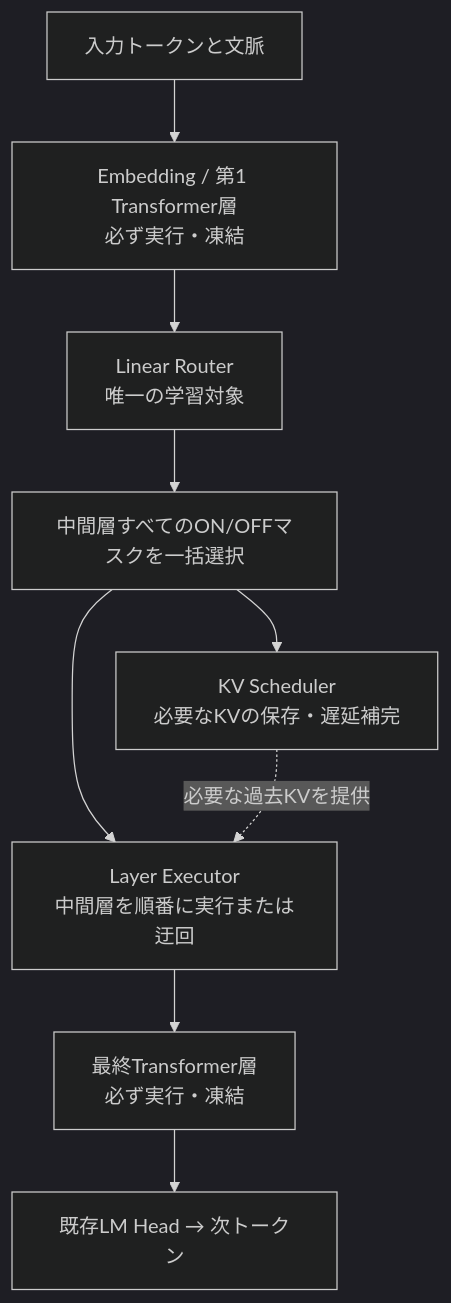
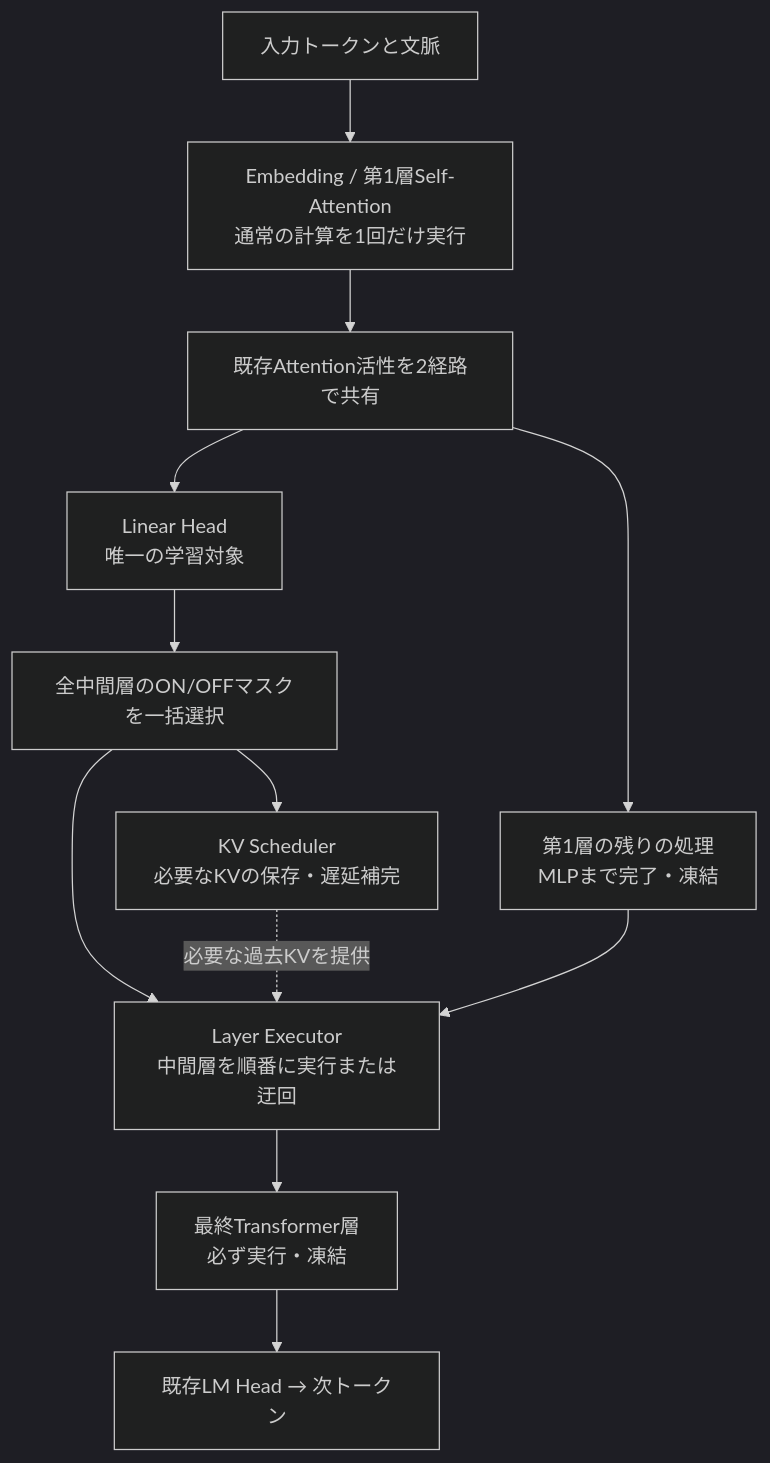
The diagram in docs/01_FOUNDATIONS.md (Unjuno/frozen-llm-layer-skip-kv), drawn with Mermaid (dark theme) before and after one commit. The commit also changed other lines of this file, not shown here.

Commit message:
docs: clarify shared first-attention activation and one-shot linear mask control

````diff
--- a/docs/01_FOUNDATIONS.md
+++ b/docs/01_FOUNDATIONS.md
@@ -43,11 +44,14 @@
 ```mermaid
 flowchart TD
-    A[入力トークンと文脈] --> B[Embedding / 第1 Transformer層<br/>必ず実行・凍結]
-    B --> C[Linear Router<br/>唯一の学習対象]
-    C --> D[中間層すべてのON/OFFマスクを一括選択]
+    A[入力トークンと文脈] --> B[Embedding / 第1層Self-Attention<br/>通常の計算を1回だけ実行]
+    B --> S[既存Attention活性を2経路で共有]
+    S --> C[Linear Head<br/>唯一の学習対象]
+    S --> F1[第1層の残りの処理<br/>MLPまで完了・凍結]
+    C --> D[全中間層のON/OFFマスクを一括選択]
     D --> E[Layer Executor<br/>中間層を順番に実行または迂回]
-    D --> F[KV Scheduler<br/>必要なKVの保存・遅延補完]
-    F -. 必要な過去KVを提供 .-> E
+    F1 --> E
+    D --> K[KV Scheduler<br/>必要なKVの保存・遅延補完]
+    K -. 必要な過去KVを提供 .-> E
     E --> G[最終Transformer層<br/>必ず実行・凍結]
     G --> H[既存LM Head → 次トークン]
 ```
````
